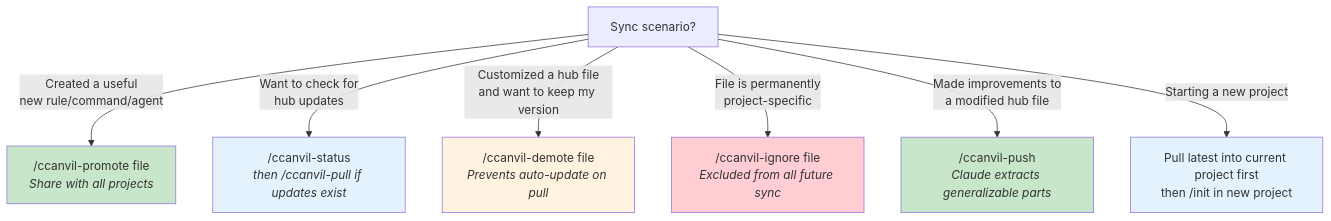
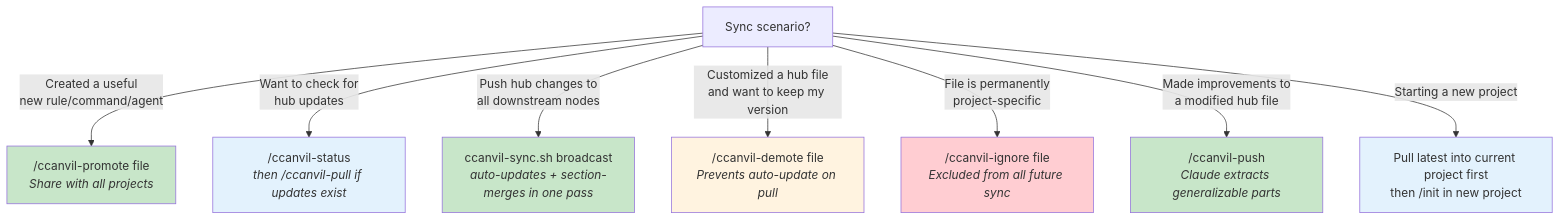
Before and after one commit to goldhaxx/claude-code-scaffold: the third of 3 diagrams in .ccanvil/guide/decision-guide.md, drawn with Mermaid. The commit also changed 6 other files, not shown here.

````diff
--- a/.ccanvil/guide/decision-guide.md
+++ b/.ccanvil/guide/decision-guide.md
@@ -48,18 +48,20 @@
 ```mermaid
 flowchart TD
     Q["Sync scenario?"]
 
     Q -->|"Created a useful<br/>new rule/command/agent"| PROMOTE["/ccanvil-promote file<br/><i>Share with all projects</i>"]
     Q -->|"Want to check for<br/>hub updates"| STATUS["/ccanvil-status<br/><i>then /ccanvil-pull if updates exist</i>"]
+    Q -->|"Push hub changes to<br/>all downstream nodes"| BCAST["ccanvil-sync.sh broadcast<br/><i>auto-updates + section-merges in one pass</i>"]
     Q -->|"Customized a hub file<br/>and want to keep my version"| DEMOTE["/ccanvil-demote file<br/><i>Prevents auto-update on pull</i>"]
     Q -->|"File is permanently<br/>project-specific"| IGNORE["/ccanvil-ignore file<br/><i>Excluded from all future sync</i>"]
     Q -->|"Made improvements to<br/>a modified hub file"| PUSH["/ccanvil-push<br/><i>Claude extracts generalizable parts</i>"]
     Q -->|"Starting a new project"| PULL["Pull latest into current project first<br/>then /init in new project"]
 
     style PROMOTE fill:#c8e6c9
     style STATUS fill:#e3f2fd
     style DEMOTE fill:#fff3e0
     style IGNORE fill:#ffcdd2
     style PUSH fill:#c8e6c9
+    style BCAST fill:#c8e6c9
     style PULL fill:#e3f2fd
 ```
````
